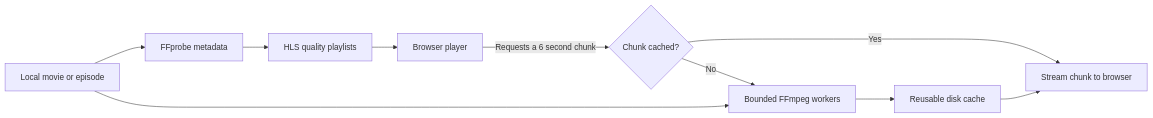
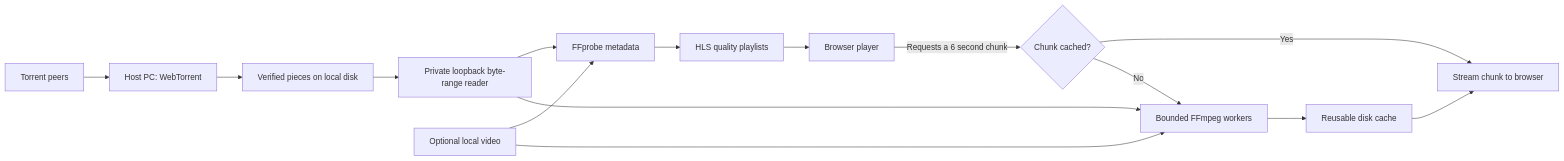
The diagram in README.md (dawitlabs/anime-local), drawn with Mermaid before and after one commit. The commit also changed other lines of this file and 19 other files, not shown here.

Commit message:
Add host-side torrent streaming with selective pieces and adaptive playback

````diff
--- a/README.md
+++ b/README.md
@@ -88,12 +101,17 @@
 ```mermaid
 flowchart LR
-  PC[Local movie or episode] --> Probe[FFprobe metadata]
+  Peers[Torrent peers] --> Engine[Host PC: WebTorrent]
+  Engine --> Pieces[Verified pieces on local disk]
+  Pieces --> Bridge[Private loopback byte-range reader]
+  Bridge --> Probe[FFprobe metadata]
+  PC[Optional local video] --> Probe
   Probe --> Manifest[HLS quality playlists]
   Manifest --> Player[Browser player]
   Player -->|Requests a 6 second chunk| Cache{Chunk cached?}
   Cache -->|Yes| Stream[Stream chunk to browser]
   Cache -->|No| Encoder[Bounded FFmpeg workers]
   PC --> Encoder
+  Bridge --> Encoder
   Encoder --> Disk[Reusable disk cache]
   Disk --> Stream
 ```
````
